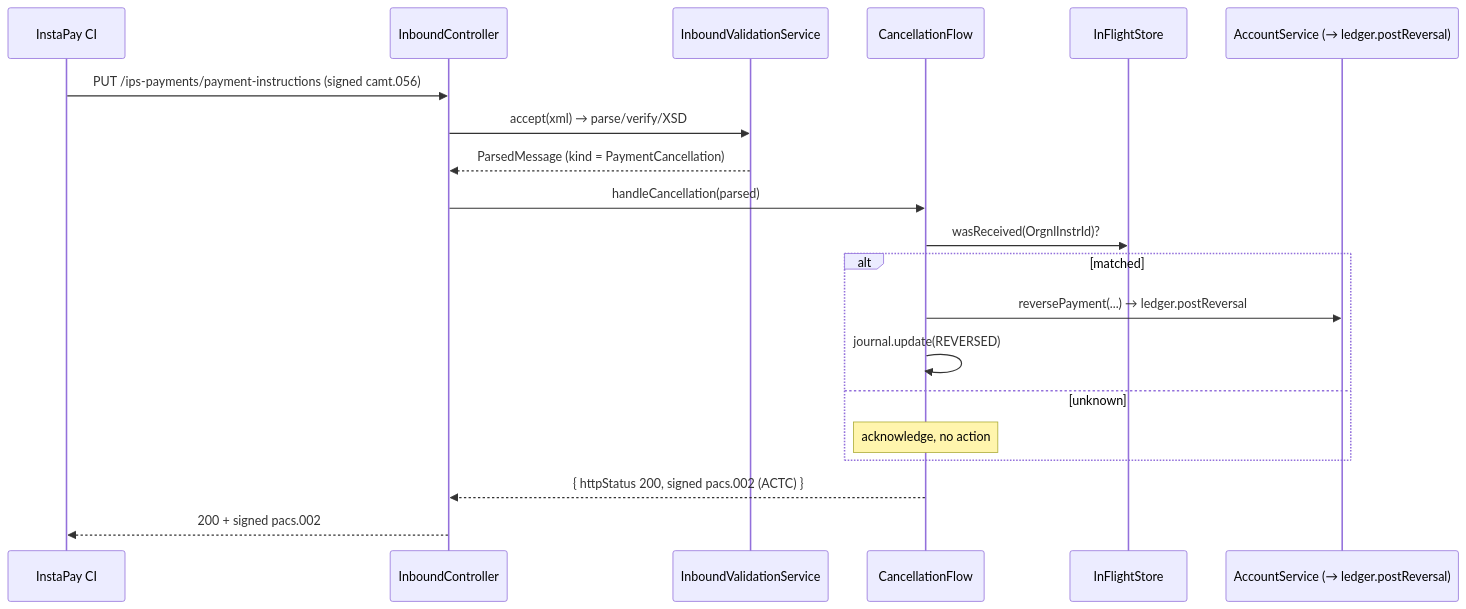
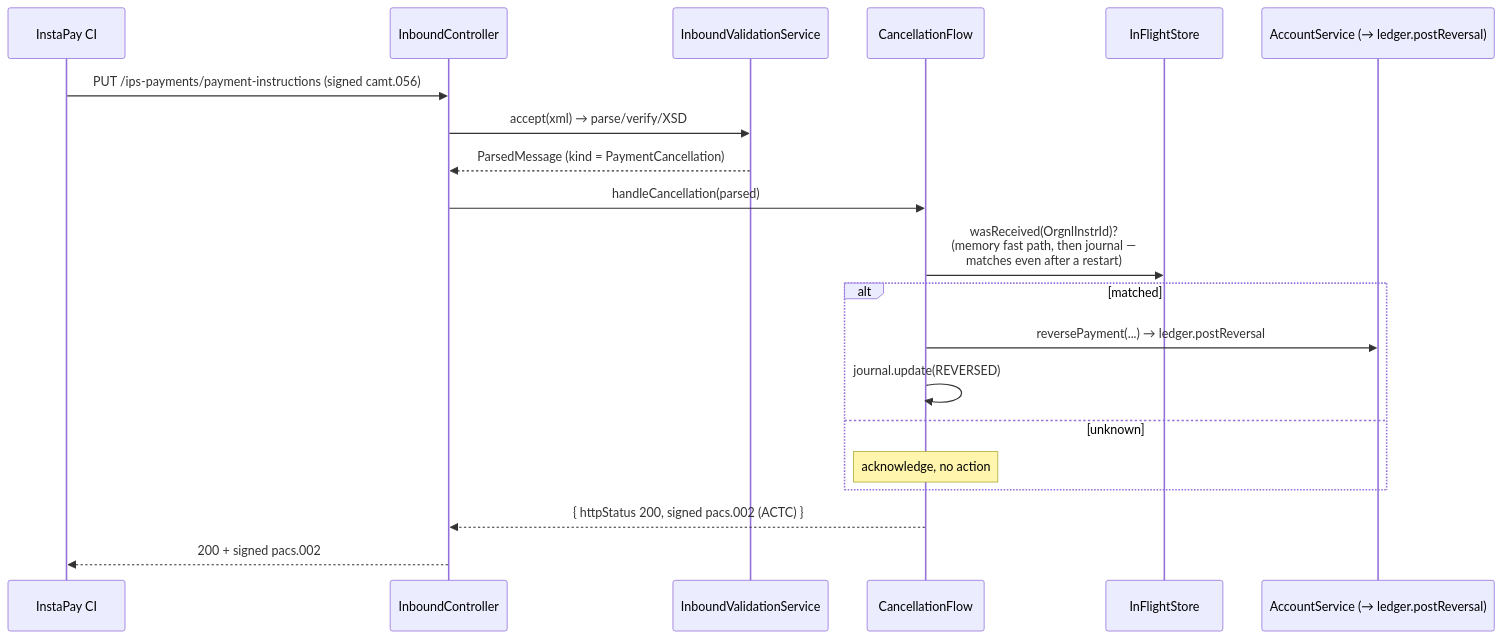
One commit to nrldcm/instapay-docs changed the third of 3 diagrams in docs/code/04-instapay-flows.md. Above: the diagram before and after it, drawn with Mermaid. The commit also changed other lines of this file and 11 other files, not shown here.

````diff
--- a/docs/code/04-instapay-flows.md
+++ b/docs/code/04-instapay-flows.md
@@ -196,23 +196,23 @@
 ```mermaid
 sequenceDiagram
     participant CI as InstaPay CI
     participant IC as InboundController
     participant V as InboundValidationService
     participant CF as CancellationFlow
     participant S as InFlightStore
     participant A as AccountService (→ ledger.postReversal)
 
     CI->>IC: PUT /ips-payments/payment-instructions (signed camt.056)
     IC->>V: accept(xml) → parse/verify/XSD
     V-->>IC: ParsedMessage (kind = PaymentCancellation)
     IC->>CF: handleCancellation(parsed)
-    CF->>S: wasReceived(OrgnlInstrId)?
+    CF->>S: wasReceived(OrgnlInstrId)?<br/>(memory fast path, then journal —<br/>matches even after a restart)
     alt matched
         CF->>A: reversePayment(...) → ledger.postReversal
         CF->>CF: journal.update(REVERSED)
     else unknown
         Note over CF: acknowledge, no action
     end
     CF-->>IC: { httpStatus 200, signed pacs.002 (ACTC) }
     IC-->>CI: 200 + signed pacs.002
 ```
````
